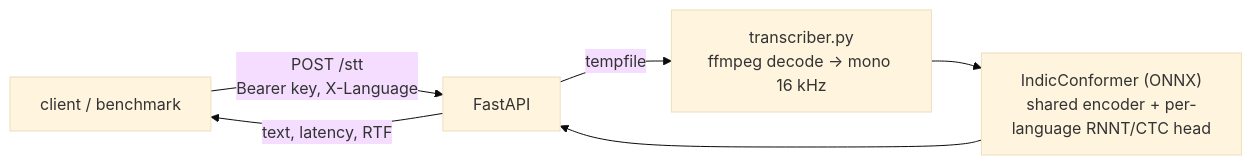
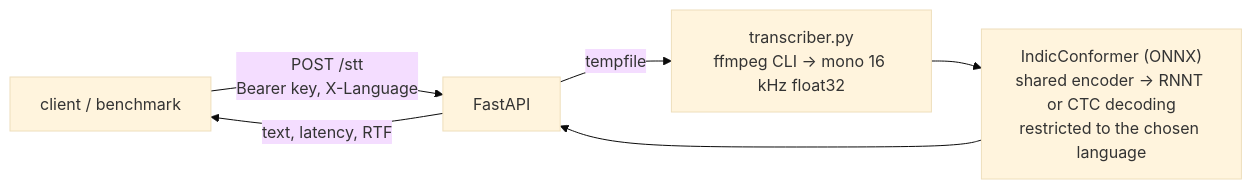
Before and after one commit to SASHI117/ai4bharat_stt: the diagram in README.md, drawn with Mermaid (base theme). The commit also changed other lines of this file, not shown here.

````diff
--- a/README.md
+++ b/README.md
@@ -14,8 +15,8 @@
 ```mermaid
 flowchart LR
     C[client / benchmark] -- "POST /stt<br/>Bearer key, X-Language" --> S[FastAPI]
-    S -- tempfile --> T["transcriber.py<br/>ffmpeg decode → mono 16 kHz"]
-    T --> M["IndicConformer (ONNX)<br/>shared encoder + per-language RNNT/CTC head"]
+    S -- tempfile --> T["transcriber.py<br/>ffmpeg CLI → mono 16 kHz float32"]
+    T --> M["IndicConformer (ONNX)<br/>shared encoder → RNNT or CTC decoding<br/>restricted to the chosen language"]
     M --> S
     S -- "text, latency, RTF" --> C
 ```
````
